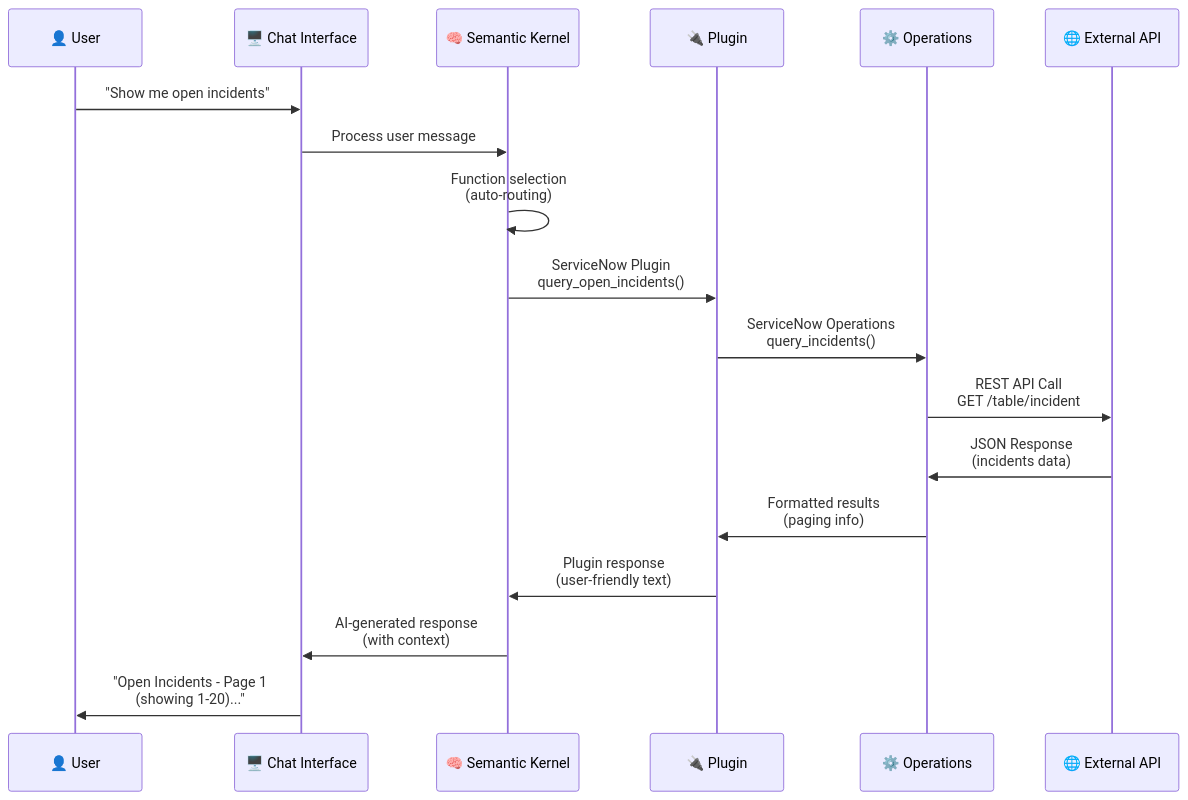
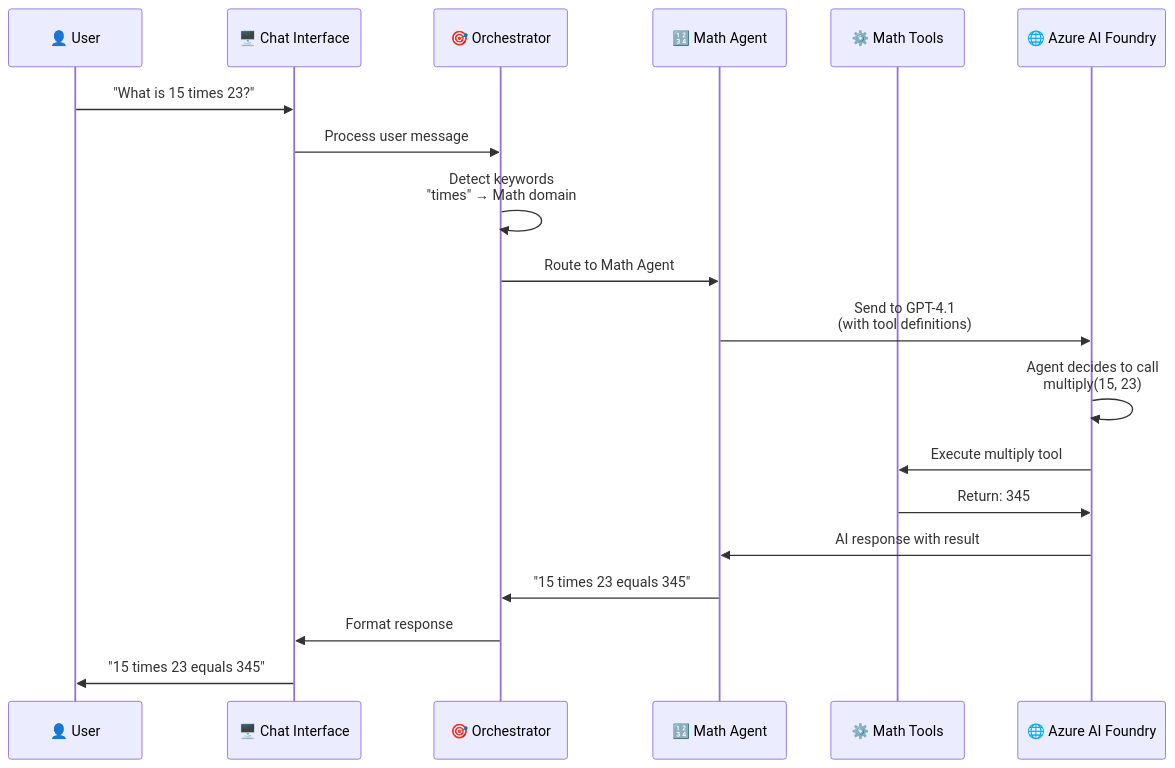
One commit to drewelewis/ai-agent-starter changed the third of 4 diagrams in README.md. Above: the diagram before and after it, drawn with Mermaid. The commit also changed other lines of this file, not shown here.

First line of the commit message:
Fix: Update README to reflect Microsoft Agent Framework architecture

````diff
--- a/README.md
+++ b/README.md
@@ -365,21 +358,22 @@
 ```mermaid
 sequenceDiagram
     participant U as 👤 User
     participant C as 🖥️ Chat Interface
-    participant K as 🧠 Semantic Kernel
-    participant P as 🔌 Plugin
-    participant O as ⚙️ Operations
-    participant A as 🌐 External API
+    participant O as 🎯 Orchestrator
+    participant M as 🔢 Math Agent
+    participant T as ⚙️ Math Tools
+    participant F as 🌐 Azure AI Foundry
     
-    U->>C: "Show me open incidents"
-    C->>K: Process user message
-    K->>K: Function selection<br/>(auto-routing)
-    K->>P: ServiceNow Plugin<br/>query_open_incidents()
-    P->>O: ServiceNow Operations<br/>query_incidents()
-    O->>A: REST API Call<br/>GET /table/incident
-    A->>O: JSON Response<br/>(incidents data)
-    O->>P: Formatted results<br/>(paging info)
-    P->>K: Plugin response<br/>(user-friendly text)
-    K->>C: AI-generated response<br/>(with context)
-    C->>U: "Open Incidents - Page 1<br/>(showing 1-20)..."
+    U->>C: "What is 15 times 23?"
+    C->>O: Process user message
+    O->>O: Detect keywords<br/>"times" → Math domain
+    O->>M: Route to Math Agent
+    M->>F: Send to GPT-4.1<br/>(with tool definitions)
+    F->>F: Agent decides to call<br/>multiply(15, 23)
+    F->>T: Execute multiply tool
+    T->>F: Return: 345
+    F->>M: AI response with result
+    M->>O: "15 times 23 equals 345"
+    O->>C: Format response
+    C->>U: "15 times 23 equals 345"
 ```
````
